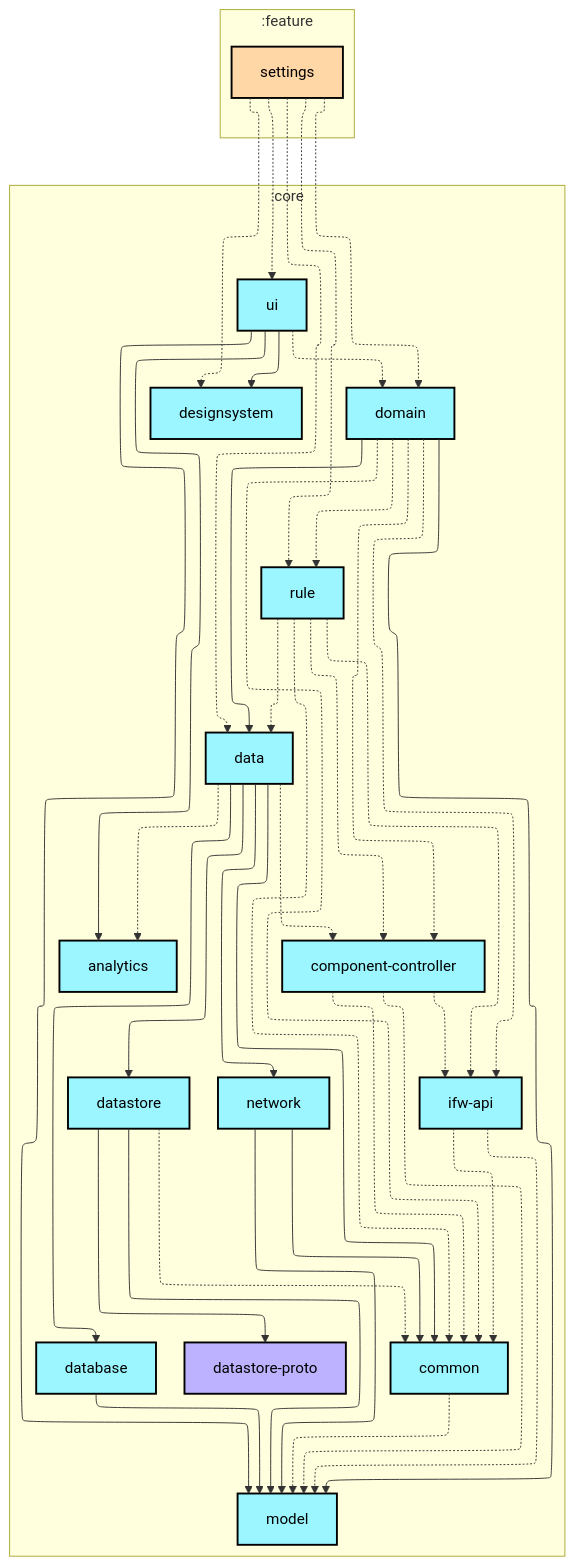
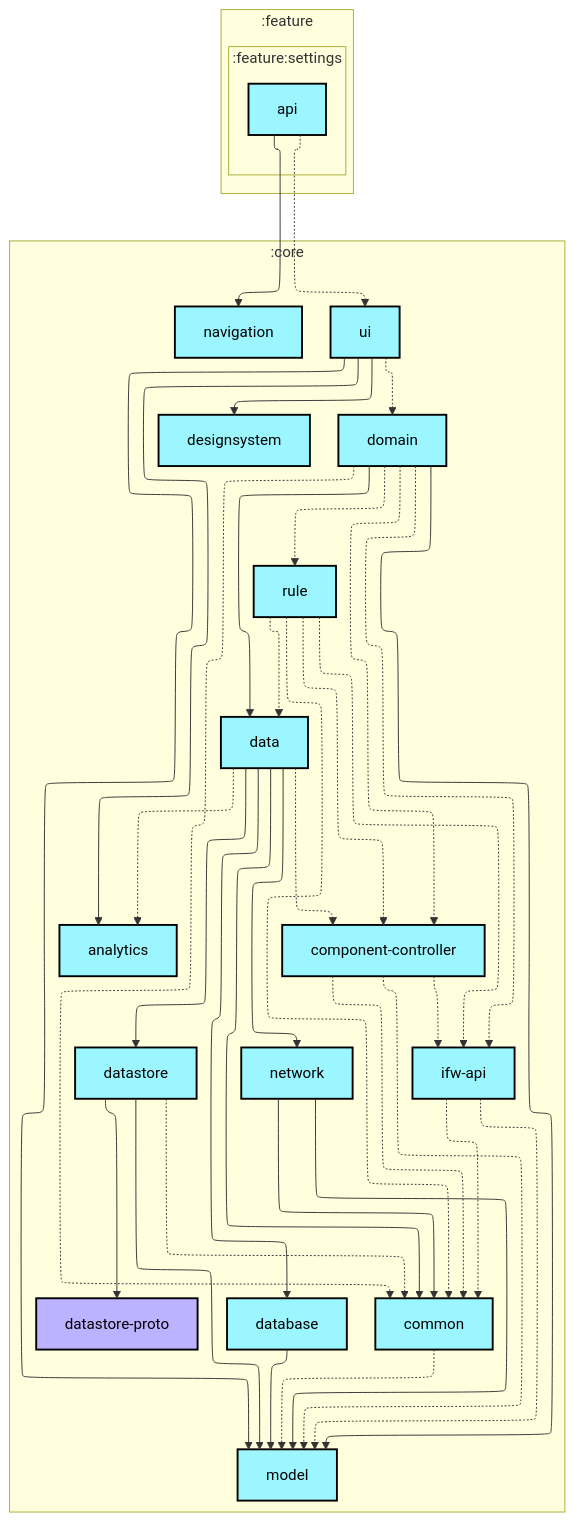
The first of 2 diagrams in feature/settings/api/README.md (lihenggui/blocker), drawn with Mermaid before and after one commit. The commit also changed 15 other files, not shown here.

Commit message:
🤖 Updates graphs

````diff
--- a/feature/settings/api/README.md
+++ b/feature/settings/api/README.md
@@ -6,75 +6,76 @@
 ```mermaid
 ---
 config:
   layout: elk
   elk:
     nodePlacementStrategy: SIMPLE
 ---
 graph TB
   subgraph :feature
     direction TB
-    :feature:settings[settings]:::android-feature
+    subgraph :feature:settings
+      direction TB
+      :feature:settings:api[api]:::android-library
+    end
   end
   subgraph :core
     direction TB
     :core:analytics[analytics]:::android-library
     :core:common[common]:::android-library
     :core:component-controller[component-controller]:::android-library
     :core:data[data]:::android-library
     :core:database[database]:::android-library
     :core:datastore[datastore]:::android-library
     :core:datastore-proto[datastore-proto]:::jvm-library
     :core:designsystem[designsystem]:::android-library
     :core:domain[domain]:::android-library
     :core:ifw-api[ifw-api]:::android-library
     :core:model[model]:::android-library
+    :core:navigation[navigation]:::android-library
     :core:network[network]:::android-library
     :core:rule[rule]:::android-library
     :core:ui[ui]:::android-library
   end
 
   :core:common -.-> :core:model
   :core:component-controller -.-> :core:common
   :core:component-controller -.-> :core:ifw-api
   :core:component-controller -.-> :core:model
   :core:data -.-> :core:analytics
   :core:data --> :core:common
   :core:data -.-> :core:component-controller
   :core:data --> :core:database
   :core:data --> :core:datastore
   :core:data --> :core:network
   :core:database --> :core:model
   :core:datastore -.-> :core:common
   :core:datastore --> :core:datastore-proto
   :core:datastore --> :core:model
   :core:domain -.-> :core:common
   :core:domain -.-> :core:component-controller
   :core:domain --> :core:data
   :core:domain -.-> :core:ifw-api
   :core:domain --> :core:model
   :core:domain -.-> :core:rule
   :core:ifw-api -.-> :core:common
   :core:ifw-api -.-> :core:model
   :core:network --> :core:common
   :core:network --> :core:model
   :core:rule -.-> :core:common
   :core:rule -.-> :core:component-controller
   :core:rule -.-> :core:data
   :core:rule -.-> :core:ifw-api
   :core:ui --> :core:analytics
   :core:ui --> :core:designsystem
   :core:ui -.-> :core:domain
   :core:ui --> :core:model
-  :feature:settings -.-> :core:data
-  :feature:settings -.-> :core:designsystem
-  :feature:settings -.-> :core:domain
-  :feature:settings -.-> :core:rule
-  :feature:settings -.-> :core:ui
+  :feature:settings:api --> :core:navigation
+  :feature:settings:api -.-> :core:ui
 
 classDef android-application fill:#CAFFBF,stroke:#000,stroke-width:2px,color:#000;
 classDef android-feature fill:#FFD6A5,stroke:#000,stroke-width:2px,color:#000;
 classDef android-library fill:#9BF6FF,stroke:#000,stroke-width:2px,color:#000;
 classDef android-test fill:#A0C4FF,stroke:#000,stroke-width:2px,color:#000;
 classDef jvm-library fill:#BDB2FF,stroke:#000,stroke-width:2px,color:#000;
 classDef unknown fill:#FFADAD,stroke:#000,stroke-width:2px,color:#000;
 ```
````
